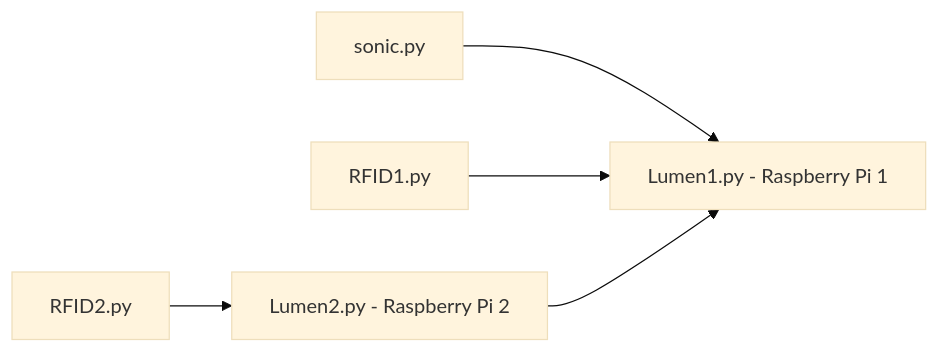
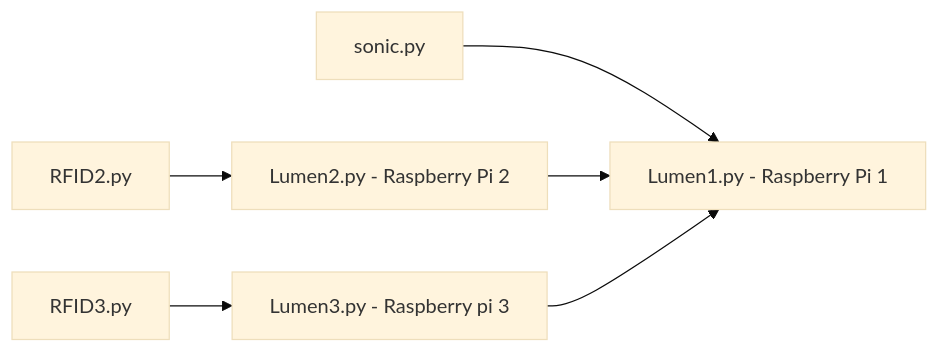
The second of 2 diagrams in README.md (timsjt/EGL314_TEAMB), drawn with Mermaid (base theme) before and after one commit. The commit also changed other lines of this file, not shown here.

````diff
--- a/README.md
+++ b/README.md
@@ -64,11 +68,13 @@
 ```mermaid
 graph LR
 
 B[sonic.py]-->A[Lumen1.py - Raspberry Pi 1]
-C[RFID1.py]-->A[Lumen1.py - Raspberry Pi 1]
-D[Lumen2.py - Raspberry Pi 2]-->A[Lumen1.py - Raspberry Pi 1]
-E[RFID2.py] -->D[Lumen2.py - Raspberry Pi 2]
+
+C[Lumen2.py - Raspberry Pi 2]-->A[Lumen1.py - Raspberry Pi 1]
+D[RFID2.py] -->C[Lumen2.py - Raspberry Pi 2]
+F[RFID3.py] -->E[Lumen3.py - Raspberry Pi 3]
+E[Lumen3.py - Raspberry pi 3]-->A[Lumen1.py - Raspberry Pi 1]
 
 
 
 ```
````
